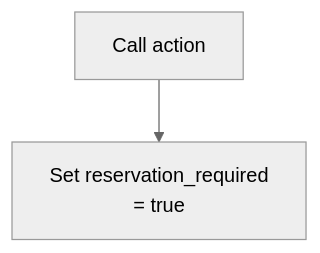
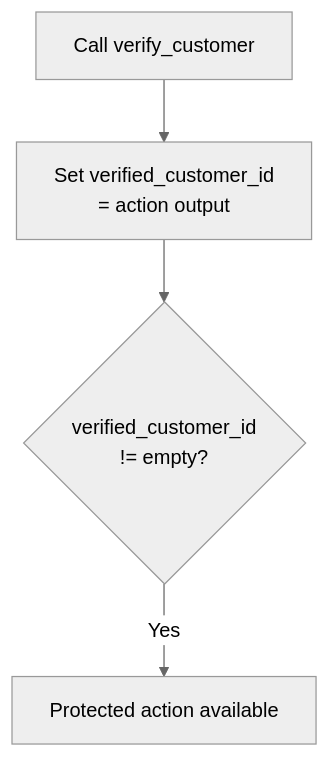
The fifth of 12 diagrams in .agents/skills/agentforce-generate/references/agent-subagent-map-diagrams.md (simon2432/agentforce-workspace), drawn with Mermaid before and after one commit. The commit also changed other lines of this file and 3703 other files, not shown here.

````diff
--- a/.agents/skills/agentforce-generate/references/agent-subagent-map-diagrams.md
+++ b/.agents/skills/agentforce-generate/references/agent-subagent-map-diagrams.md
@@ -121,5 +131,7 @@
 ```mermaid
 %%{init: {'theme':'neutral'}}%%
 graph TD
-    A[Call action] --> B[Set reservation_required<br/>= true]
+    A[Call verify_customer] --> B[Set verified_customer_id<br/>= action output]
+    B --> C{verified_customer_id<br/>!= empty?}
+    C -->|Yes| D[Protected action available]
 ```
````
